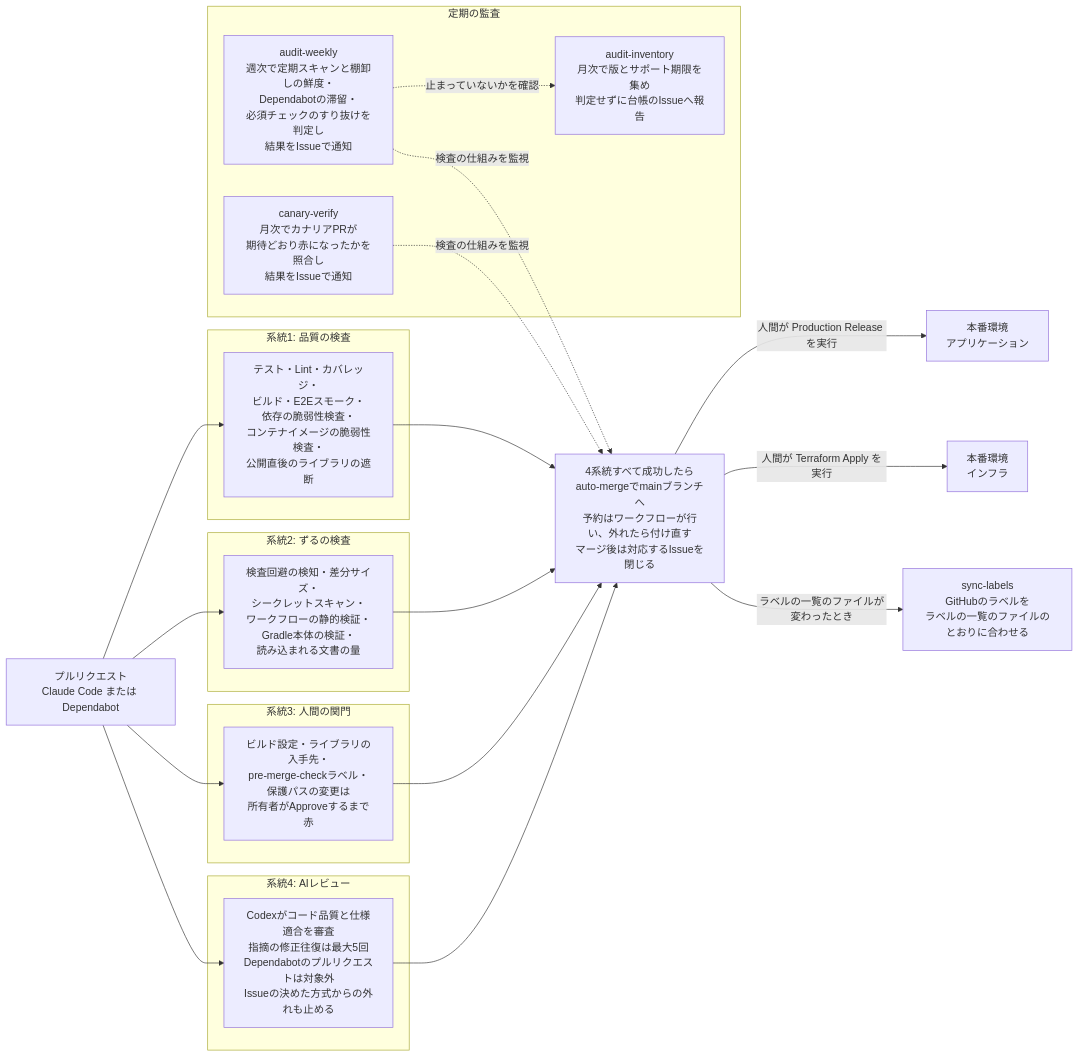
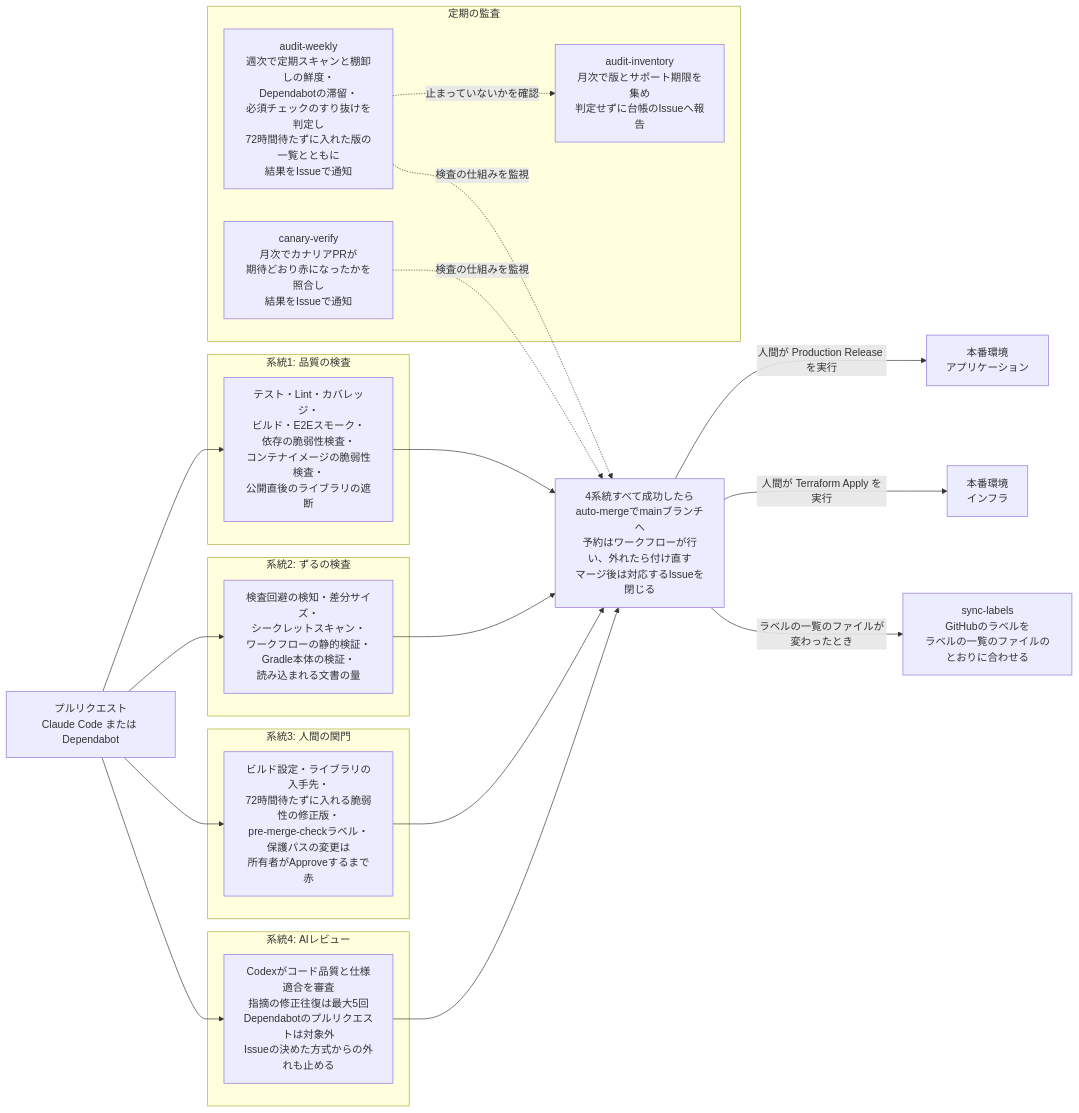
Before and after one commit to DogisRiki/KeirekiPro: the first of 2 diagrams in README.md, drawn with Mermaid. The commit also changed other lines of this file and 2 other files, not shown here.

````diff
--- a/README.md
+++ b/README.md
@@ -53,37 +53,37 @@
 ```mermaid
 flowchart LR
     PR[プルリクエスト<br>Claude Code または Dependabot]
 
     subgraph s1[系統1: 品質の検査]
         Q[テスト・Lint・カバレッジ・<br>ビルド・E2Eスモーク・<br>依存の脆弱性検査・<br>コンテナイメージの脆弱性検査・<br>公開直後のライブラリの遮断]
     end
     subgraph s2[系統2: ずるの検査]
         Z[検査回避の検知・差分サイズ・<br>シークレットスキャン・<br>ワークフローの静的検証・<br>Gradle本体の検証・<br>読み込まれる文書の量]
     end
     subgraph s3[系統3: 人間の関門]
-        H[ビルド設定・ライブラリの入手先・<br>pre-merge-checkラベル・保護パスの変更は<br>所有者がApproveするまで赤]
+        H[ビルド設定・ライブラリの入手先・<br>72時間待たずに入れる脆弱性の修正版・<br>pre-merge-checkラベル・保護パスの変更は<br>所有者がApproveするまで赤]
     end
     subgraph s4[系統4: AIレビュー]
         A[Codexがコード品質と仕様適合を審査<br>指摘の修正往復は最大5回<br>Dependabotのプルリクエストは対象外<br>Issueの決めた方式からの外れも止める]
     end
 
     PR --> Q
     PR --> Z
     PR --> H
     PR --> A
 
     Q & Z & H & A --> M[4系統すべて成功したら<br>auto-mergeでmainブランチへ<br>予約はワークフローが行い、外れたら付け直す<br>マージ後は対応するIssueを閉じる]
 
     M -->|人間が Production Release を実行| App[本番環境<br>アプリケーション]
     M -->|人間が Terraform Apply を実行| Infra[本番環境<br>インフラ]
     M -->|ラベルの一覧のファイルが変わったとき| Labels[sync-labels<br>GitHubのラベルを<br>ラベルの一覧のファイルのとおりに合わせる]
 
     subgraph s5[定期の監査]
-        AW[audit-weekly<br>週次で定期スキャンと棚卸しの鮮度・<br>Dependabotの滞留・<br>必須チェックのすり抜けを判定し<br>結果をIssueで通知]
+        AW[audit-weekly<br>週次で定期スキャンと棚卸しの鮮度・<br>Dependabotの滞留・<br>必須チェックのすり抜けを判定し<br>72時間待たずに入れた版の一覧とともに<br>結果をIssueで通知]
         CV[canary-verify<br>月次でカナリアPRが<br>期待どおり赤になったかを照合し<br>結果をIssueで通知]
         AI[audit-inventory<br>月次で版とサポート期限を集め<br>判定せずに台帳のIssueへ報告]
     end
 
     AW & CV -.検査の仕組みを監視.-> M
     AW -.止まっていないかを確認.-> AI
 ```
````
